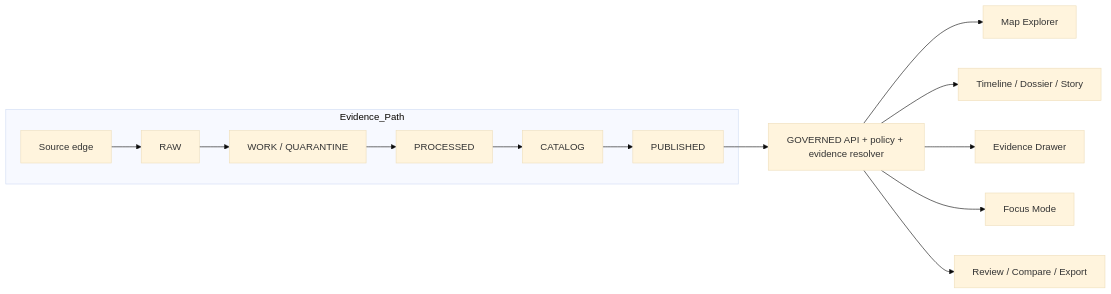
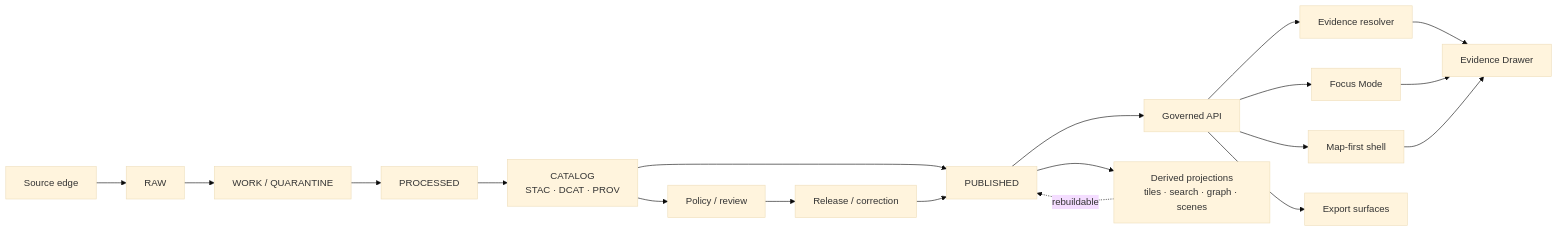
One commit to bartytime4life/Kansas-Frontier-Matrix changed the diagram in README.md. Above: the diagram before and after it, drawn with Mermaid (base theme). The commit also changed other lines of this file, not shown here.

````diff
--- a/README.md
+++ b/README.md
@@ -414,17 +257,25 @@
 ```mermaid
 flowchart LR
-    subgraph Evidence_Path
-      A[Source edge] --> B[RAW]
-      B --> C[WORK / QUARANTINE]
-      C --> D[PROCESSED]
-      D --> E[CATALOG]
-      E --> F[PUBLISHED]
-    end
+    A[Source edge] --> B[RAW]
+    B --> C[WORK / QUARANTINE]
+    C --> D[PROCESSED]
+    D --> E[CATALOG<br/>STAC · DCAT · PROV]
+    E --> F[PUBLISHED]
 
-    F --> G[GOVERNED API + policy + evidence resolver]
-    G --> H[Map Explorer]
-    G --> I[Timeline / Dossier / Story]
-    G --> J[Evidence Drawer]
-    G --> K[Focus Mode]
-    G --> L[Review / Compare / Export]
+    E --> G[Policy / review]
+    G --> H[Release / correction]
+    H --> F
+
+    F --> I[Governed API]
+    I --> J[Evidence resolver]
+    I --> K[Map-first shell]
+    I --> L[Focus Mode]
+    I --> M[Export surfaces]
+
+    F --> N[Derived projections<br/>tiles · search · graph · scenes]
+    N -. rebuildable .-> F
+
+    J --> O[Evidence Drawer]
+    L --> O
+    K --> O
 ```
````
